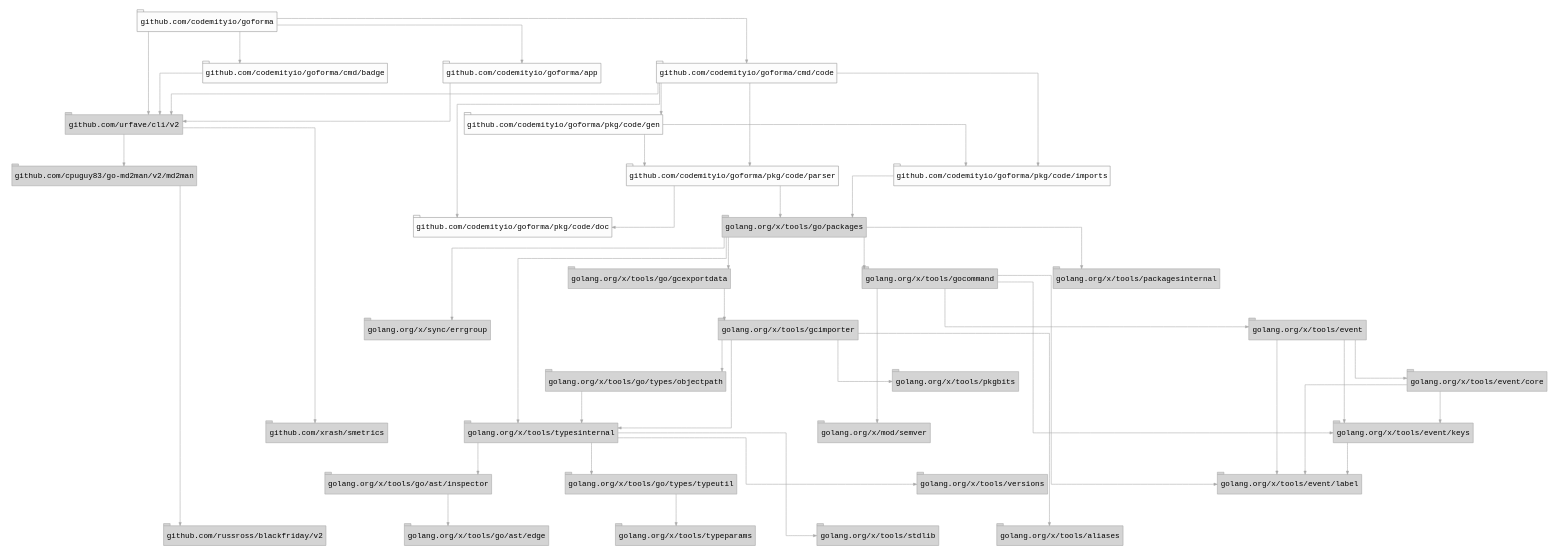
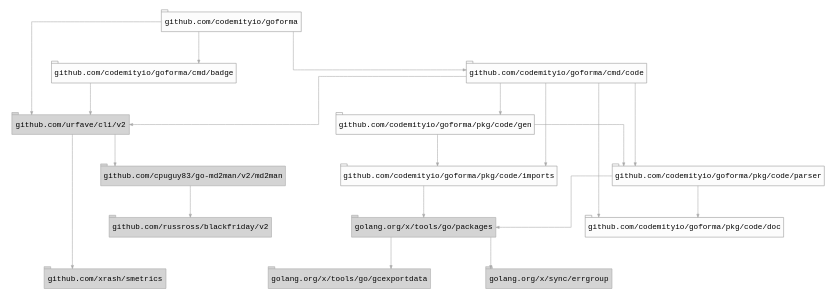
The diagram in docs/depgraph.dot (codemityio/goforma), drawn with Graphviz before and after one commit. The commit also changed 13 other files, not shown here.

Commit message:
Update tool scripts, update docs diagrams (#17)

```diff
--- a/docs/depgraph.dot
+++ b/docs/depgraph.dot
@@ -1,90 +1,44 @@
 digraph DepGraph {
     fontname="Courier New"
     splines="ortho"
     nodesep="1.4"
     ranksep="0.8"
     graph [rankdir="TB", pad="0.2"]
     node [shape="tab", fontname="Courier New", style="filled", fixedsize=false]
     edge [fontname="Courier New", color="grey66", arrowhead="normal", arrowtail="none", arrowsize="0.6", weight="0.5"]
     subgraph deps {
         "github.com/codemityio/goforma" [label="github.com/codemityio/goforma", color="gray58", fillcolor="gray99", penwidth=1]
               "github.com/codemityio/goforma" -> "github.com/codemityio/goforma/cmd/badge"
               "github.com/codemityio/goforma" -> "github.com/codemityio/goforma/cmd/code"
-              "github.com/codemityio/goforma" -> "github.com/codemityio/goforma/internal/app"
               "github.com/codemityio/goforma" -> "github.com/urfave/cli/v2"
         "github.com/codemityio/goforma/cmd/badge" [label="github.com/codemityio/goforma/cmd/badge", color="gray58", fillcolor="gray99", penwidth=1]
               "github.com/codemityio/goforma/cmd/badge" -> "github.com/urfave/cli/v2"
         "github.com/codemityio/goforma/cmd/code" [label="github.com/codemityio/goforma/cmd/code", color="gray58", fillcolor="gray99", penwidth=1]
               "github.com/codemityio/goforma/cmd/code" -> "github.com/codemityio/goforma/pkg/code/doc"
               "github.com/codemityio/goforma/cmd/code" -> "github.com/codemityio/goforma/pkg/code/gen"
               "github.com/codemityio/goforma/cmd/code" -> "github.com/codemityio/goforma/pkg/code/imports"
               "github.com/codemityio/goforma/cmd/code" -> "github.com/codemityio/goforma/pkg/code/parser"
               "github.com/codemityio/goforma/cmd/code" -> "github.com/urfave/cli/v2"
-        "github.com/codemityio/goforma/internal/app" [label="github.com/codemityio/goforma/app", color="gray58", fillcolor="gray99", penwidth=1]
-              "github.com/codemityio/goforma/internal/app" -> "github.com/urfave/cli/v2"
         "github.com/codemityio/goforma/pkg/code/doc" [label="github.com/codemityio/goforma/pkg/code/doc", color="gray58", fillcolor="gray99", penwidth=1]
         "github.com/codemityio/goforma/pkg/code/gen" [label="github.com/codemityio/goforma/pkg/code/gen", color="gray58", fillcolor="gray99", penwidth=1]
               "github.com/codemityio/goforma/pkg/code/gen" -> "github.com/codemityio/goforma/pkg/code/imports"
               "github.com/codemityio/goforma/pkg/code/gen" -> "github.com/codemityio/goforma/pkg/code/parser"
         "github.com/codemityio/goforma/pkg/code/imports" [label="github.com/codemityio/goforma/pkg/code/imports", color="gray58", fillcolor="gray99", penwidth=1]
               "github.com/codemityio/goforma/pkg/code/imports" -> "golang.org/x/tools/go/packages"
         "github.com/codemityio/goforma/pkg/code/parser" [label="github.com/codemityio/goforma/pkg/code/parser", color="gray58", fillcolor="gray99", penwidth=1]
               "github.com/codemityio/goforma/pkg/code/parser" -> "github.com/codemityio/goforma/pkg/code/doc"
               "github.com/codemityio/goforma/pkg/code/parser" -> "golang.org/x/tools/go/packages"
         "github.com/cpuguy83/go-md2man/v2/md2man" [label="github.com/cpuguy83/go-md2man/v2/md2man", color="gray65", fillcolor="gray83", penwidth=1]
               "github.com/cpuguy83/go-md2man/v2/md2man" -> "github.com/russross/blackfriday/v2"
         "github.com/russross/blackfriday/v2" [label="github.com/russross/blackfriday/v2", color="gray65", fillcolor="gray83", penwidth=1]
         "github.com/urfave/cli/v2" [label="github.com/urfave/cli/v2", color="gray65", fillcolor="gray83", penwidth=1]
               "github.com/urfave/cli/v2" -> "github.com/cpuguy83/go-md2man/v2/md2man"
               "github.com/urfave/cli/v2" -> "github.com/xrash/smetrics"
         "github.com/xrash/smetrics" [label="github.com/xrash/smetrics", color="gray65", fillcolor="gray83", penwidth=1]
-        "golang.org/x/mod/semver" [label="golang.org/x/mod/semver", color="gray65", fillcolor="gray83", penwidth=1]
         "golang.org/x/sync/errgroup" [label="golang.org/x/sync/errgroup", color="gray65", fillcolor="gray83", penwidth=1]
-        "golang.org/x/tools/go/ast/edge" [label="golang.org/x/tools/go/ast/edge", color="gray65", fillcolor="gray83", penwidth=1]
-        "golang.org/x/tools/go/ast/inspector" [label="golang.org/x/tools/go/ast/inspector", color="gray65", fillcolor="gray83", penwidth=1]
-              "golang.org/x/tools/go/ast/inspector" -> "golang.org/x/tools/go/ast/edge"
         "golang.org/x/tools/go/gcexportdata" [label="golang.org/x/tools/go/gcexportdata", color="gray65", fillcolor="gray83", penwidth=1]
-              "golang.org/x/tools/go/gcexportdata" -> "golang.org/x/tools/internal/gcimporter"
         "golang.org/x/tools/go/packages" [label="golang.org/x/tools/go/packages", color="gray65", fillcolor="gray83", penwidth=1]
               "golang.org/x/tools/go/packages" -> "golang.org/x/sync/errgroup"
               "golang.org/x/tools/go/packages" -> "golang.org/x/tools/go/gcexportdata"
-              "golang.org/x/tools/go/packages" -> "golang.org/x/tools/internal/gocommand"
-              "golang.org/x/tools/go/packages" -> "golang.org/x/tools/internal/packagesinternal"
-              "golang.org/x/tools/go/packages" -> "golang.org/x/tools/internal/typesinternal"
-        "golang.org/x/tools/go/types/objectpath" [label="golang.org/x/tools/go/types/objectpath", color="gray65", fillcolor="gray83", penwidth=1]
-              "golang.org/x/tools/go/types/objectpath" -> "golang.org/x/tools/internal/typesinternal"
-        "golang.org/x/tools/go/types/typeutil" [label="golang.org/x/tools/go/types/typeutil", color="gray65", fillcolor="gray83", penwidth=1]
-              "golang.org/x/tools/go/types/typeutil" -> "golang.org/x/tools/internal/typeparams"
-        "golang.org/x/tools/internal/aliases" [label="golang.org/x/tools/aliases", color="gray65", fillcolor="gray83", penwidth=1]
-        "golang.org/x/tools/internal/event" [label="golang.org/x/tools/event", color="gray65", fillcolor="gray83", penwidth=1]
-              "golang.org/x/tools/internal/event" -> "golang.org/x/tools/internal/event/core"
-              "golang.org/x/tools/internal/event" -> "golang.org/x/tools/internal/event/keys"
-              "golang.org/x/tools/internal/event" -> "golang.org/x/tools/internal/event/label"
-        "golang.org/x/tools/internal/event/core" [label="golang.org/x/tools/event/core", color="gray65", fillcolor="gray83", penwidth=1]
-              "golang.org/x/tools/internal/event/core" -> "golang.org/x/tools/internal/event/keys"
-              "golang.org/x/tools/internal/event/core" -> "golang.org/x/tools/internal/event/label"
-        "golang.org/x/tools/internal/event/keys" [label="golang.org/x/tools/event/keys", color="gray65", fillcolor="gray83", penwidth=1]
-              "golang.org/x/tools/internal/event/keys" -> "golang.org/x/tools/internal/event/label"
-        "golang.org/x/tools/internal/event/label" [label="golang.org/x/tools/event/label", color="gray65", fillcolor="gray83", penwidth=1]
-        "golang.org/x/tools/internal/gcimporter" [label="golang.org/x/tools/gcimporter", color="gray65", fillcolor="gray83", penwidth=1]
-              "golang.org/x/tools/internal/gcimporter" -> "golang.org/x/tools/go/types/objectpath"
-              "golang.org/x/tools/internal/gcimporter" -> "golang.org/x/tools/internal/aliases"
-              "golang.org/x/tools/internal/gcimporter" -> "golang.org/x/tools/internal/pkgbits"
-              "golang.org/x/tools/internal/gcimporter" -> "golang.org/x/tools/internal/typesinternal"
-        "golang.org/x/tools/internal/gocommand" [label="golang.org/x/tools/gocommand", color="gray65", fillcolor="gray83", penwidth=1]
-              "golang.org/x/tools/internal/gocommand" -> "golang.org/x/mod/semver"
-              "golang.org/x/tools/internal/gocommand" -> "golang.org/x/tools/internal/event"
-              "golang.org/x/tools/internal/gocommand" -> "golang.org/x/tools/internal/event/keys"
-              "golang.org/x/tools/internal/gocommand" -> "golang.org/x/tools/internal/event/label"
-        "golang.org/x/tools/internal/packagesinternal" [label="golang.org/x/tools/packagesinternal", color="gray65", fillcolor="gray83", penwidth=1]
-        "golang.org/x/tools/internal/pkgbits" [label="golang.org/x/tools/pkgbits", color="gray65", fillcolor="gray83", penwidth=1]
-        "golang.org/x/tools/internal/stdlib" [label="golang.org/x/tools/stdlib", color="gray65", fillcolor="gray83", penwidth=1]
-        "golang.org/x/tools/internal/typeparams" [label="golang.org/x/tools/typeparams", color="gray65", fillcolor="gray83", penwidth=1]
-        "golang.org/x/tools/internal/typesinternal" [label="golang.org/x/tools/typesinternal", color="gray65", fillcolor="gray83", penwidth=1]
-              "golang.org/x/tools/internal/typesinternal" -> "golang.org/x/tools/go/ast/inspector"
-              "golang.org/x/tools/internal/typesinternal" -> "golang.org/x/tools/go/types/typeutil"
-              "golang.org/x/tools/internal/typesinternal" -> "golang.org/x/tools/internal/stdlib"
-              "golang.org/x/tools/internal/typesinternal" -> "golang.org/x/tools/internal/versions"
-        "golang.org/x/tools/internal/versions" [label="golang.org/x/tools/versions", color="gray65", fillcolor="gray83", penwidth=1]
     }
 }
```
